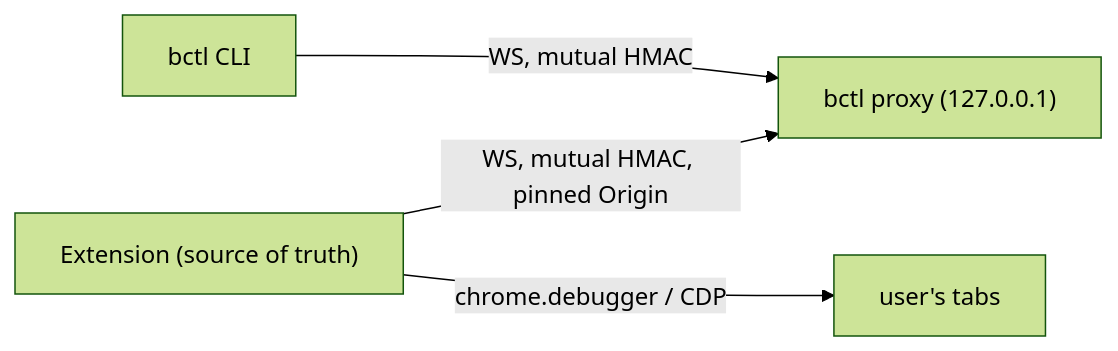
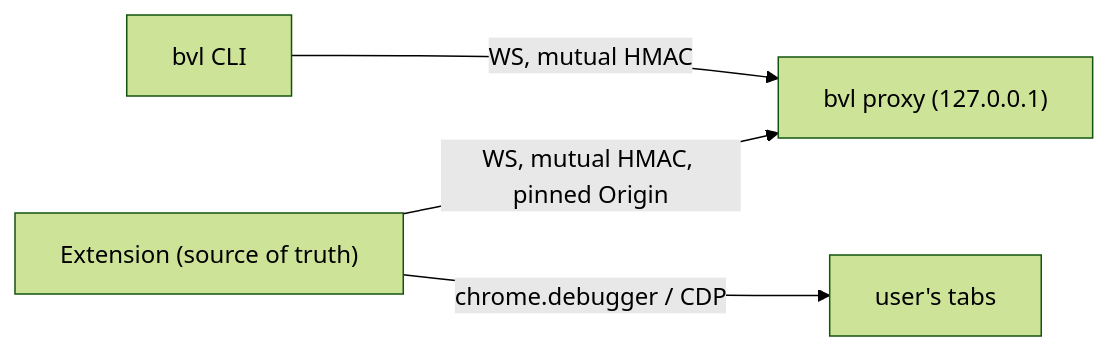
Before and after one commit to ThilinaTLM/browser-valet: the diagram in docs/architecture/README.md, drawn with Mermaid (forest theme). The commit also changed other lines of this file and 13 other files, not shown here.

````diff
--- a/docs/architecture/README.md
+++ b/docs/architecture/README.md
@@ -11,6 +11,6 @@
 ```mermaid
 flowchart LR
-  CLI["bctl CLI"] -->|WS, mutual HMAC| P["bctl proxy (127.0.0.1)"]
+  CLI["bvl CLI"] -->|WS, mutual HMAC| P["bvl proxy (127.0.0.1)"]
   EXT["Extension (source of truth)"] -->|WS, mutual HMAC, pinned Origin| P
   EXT -->|chrome.debugger / CDP| T[user's tabs]
 ```
````
